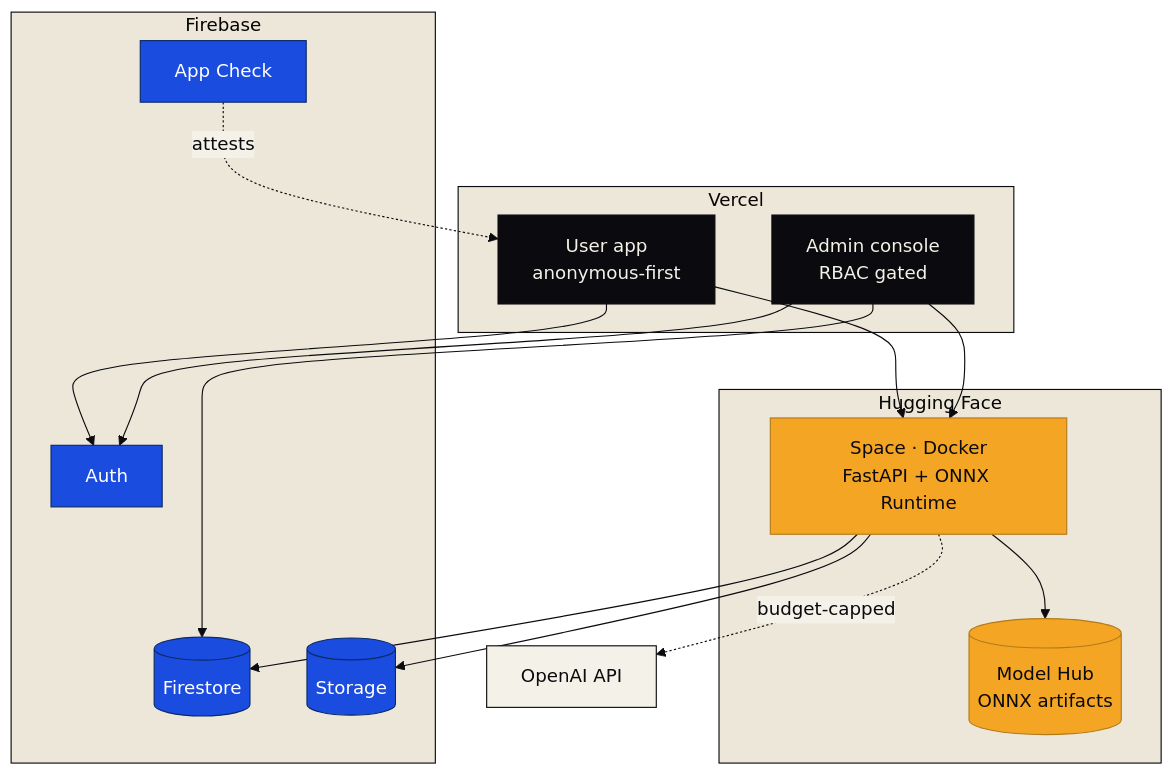
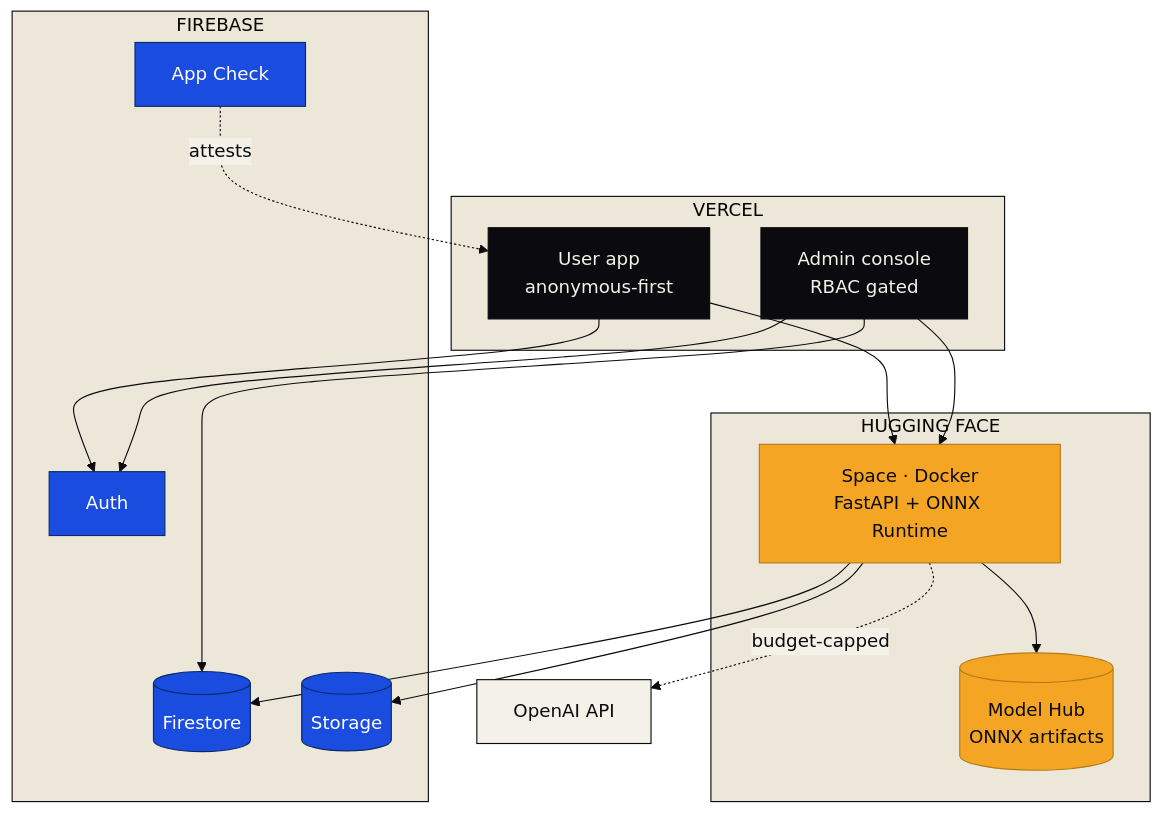
The tenth of 11 diagrams in docs/architecture.md (A-K-M-Asifuzzaman/Food), drawn with Mermaid before and after one commit. The commit also changed other lines of this file, not shown here.

First line of the commit message:
Fix diagram legibility: text clipping and layout

````diff
--- a/docs/architecture.md
+++ b/docs/architecture.md
@@ -424,40 +411,40 @@
 ```mermaid
-%%{init: {'theme':'base','themeVariables':{'fontFamily':'ui-sans-serif, system-ui, -apple-system, sans-serif','primaryColor':'#F4F1E8','primaryTextColor':'#0B0B0F','primaryBorderColor':'#0B0B0F','lineColor':'#0B0B0F','clusterBkg':'#ECE7D9','clusterBorder':'#0B0B0F','edgeLabelBackground':'#F4F1E8','pie1':'#16A34A','pie2':'#E62429','pie3':'#1B4CE0','pie4':'#F5A524'}}}%%
+%%{init: {'theme':'base','themeVariables':{'fontFamily':'ui-sans-serif, system-ui, -apple-system, sans-serif','primaryColor':'#F4F1E8','primaryTextColor':'#0B0B0F','primaryBorderColor':'#0B0B0F','lineColor':'#0B0B0F','clusterBkg':'#ECE7D9','clusterBorder':'#0B0B0F','edgeLabelBackground':'#F4F1E8','pie1':'#16A34A','pie2':'#E62429','pie3':'#1B4CE0','pie4':'#F5A524'},'flowchart':{'padding':16,'nodeSpacing':45,'rankSpacing':55,'curve':'basis','htmlLabels':true}}}%%
 flowchart TB
-    subgraph vercel["Vercel"]
+    subgraph vercel["VERCEL  "]
         APP["User app<br/>anonymous-first"]
         ADMIN["Admin console<br/>RBAC gated"]
     end
 
-    subgraph hf["Hugging Face"]
+    subgraph hf["HUGGING FACE  "]
         SPACE["Space · Docker<br/>FastAPI + ONNX Runtime"]
         HUB[("Model Hub<br/>ONNX artifacts")]
     end
 
-    subgraph gcp["Firebase"]
+    subgraph gcp["FIREBASE  "]
         AUTH["Auth"]
         FS[("Firestore")]
         ST[("Storage")]
         AC["App Check"]
     end
 
     OAI["OpenAI API"]
 
     APP --> SPACE
     ADMIN --> SPACE
     APP --> AUTH
     ADMIN --> AUTH
     SPACE --> HUB
     SPACE --> FS
     SPACE --> ST
     SPACE -.->|"budget-capped"| OAI
     AC -.->|"attests"| APP
     ADMIN --> FS
 
     classDef v fill:#0B0B0F,stroke:#0B0B0F,color:#F4F1E8
     classDef h fill:#F5A524,stroke:#b37a18,color:#0B0B0F
     classDef g fill:#1B4CE0,stroke:#0A2A66,color:#fff
     class APP,ADMIN v
     class SPACE,HUB h
     class AUTH,FS,ST,AC g
 ```
````
